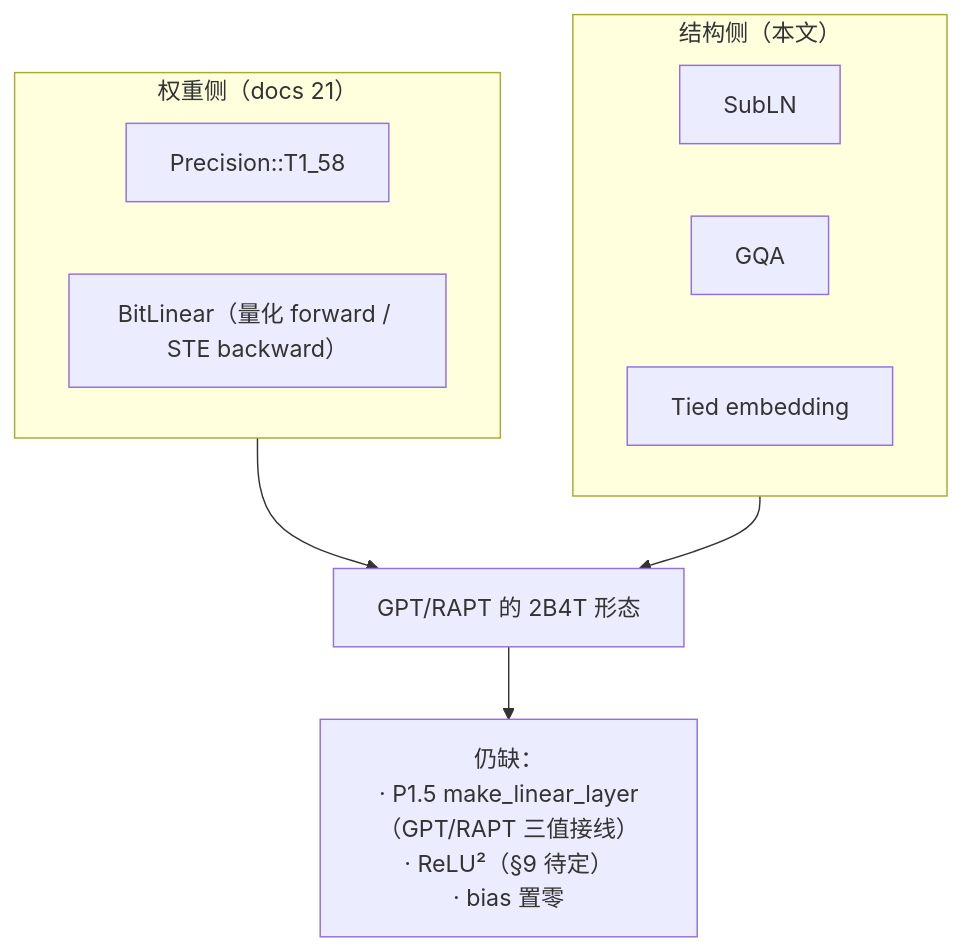
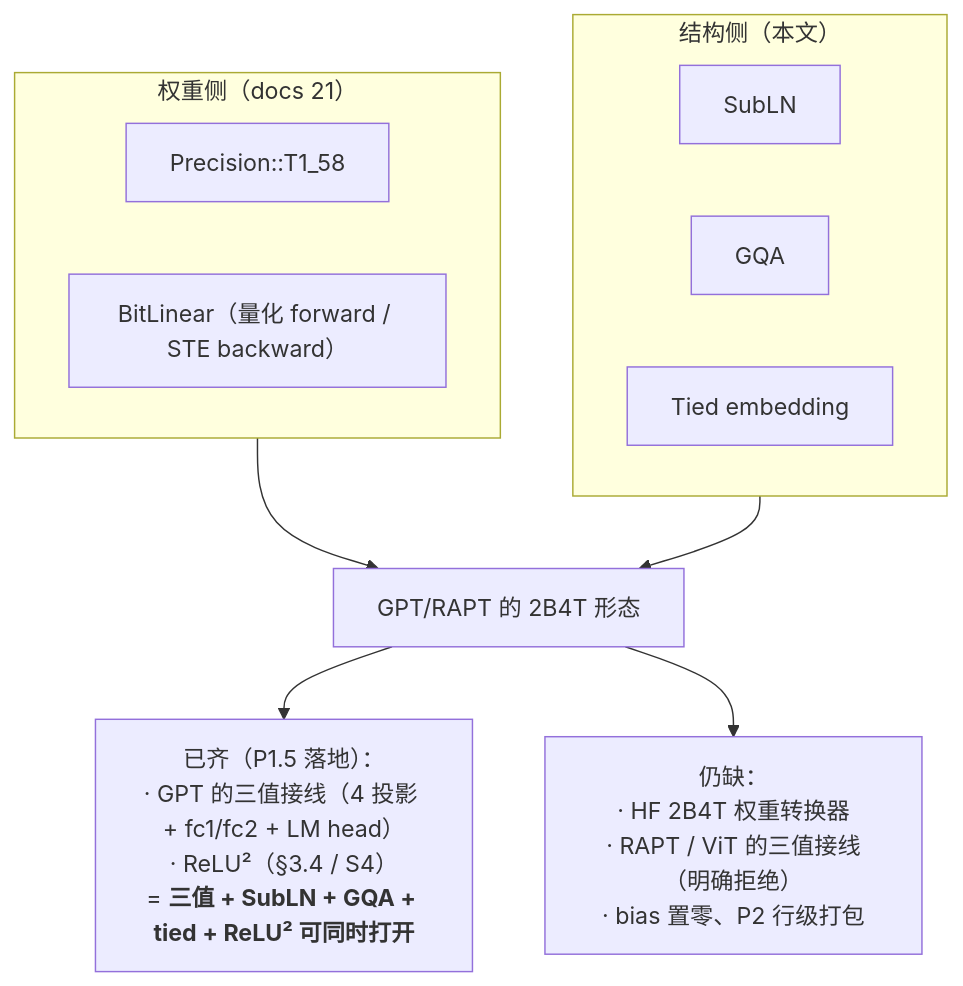
Before and after one commit to EthanPeng-2048/neuralnet.cpp: the third of 4 diagrams in docs/development/22-bitnet-2b4t-architecture.md, drawn with Mermaid. The commit also changed other lines of this file and 4 other files, not shown here.

First line of the commit message:
P1.5-W4 文档同步：21 §4.10 / 22 §3.4·§6.4 架构图 / AGENTS / history + CLI 文案

````diff
--- a/docs/development/22-bitnet-2b4t-architecture.md
+++ b/docs/development/22-bitnet-2b4t-architecture.md
@@ -274,12 +303,13 @@
 ```mermaid
 graph TB
     subgraph W["权重侧（docs 21）"]
         W1["Precision::T1_58"]; W2["BitLinear（量化 forward / STE backward）"]
     end
     subgraph A["结构侧（本文）"]
         A1["SubLN"]; A2["GQA"]; A3["Tied embedding"]
     end
     W --> JOIN["GPT/RAPT 的 2B4T 形态"]
     A --> JOIN
-    JOIN --> MISS["仍缺：<br/>· P1.5 make_linear_layer（GPT/RAPT 三值接线）<br/>· ReLU²（§9 待定）<br/>· bias 置零"]
+    JOIN --> GOT["已齐（P1.5 落地）：<br/>· GPT 的三值接线（4 投影 + fc1/fc2 + LM head）<br/>· ReLU²（§3.4 / S4）<br/>= <b>三值 + SubLN + GQA + tied + ReLU² 可同时打开</b>"]
+    JOIN --> MISS["仍缺：<br/>· HF 2B4T 权重转换器<br/>· RAPT / ViT 的三值接线（明确拒绝）<br/>· bias 置零、P2 行级打包"]
 ```
````
